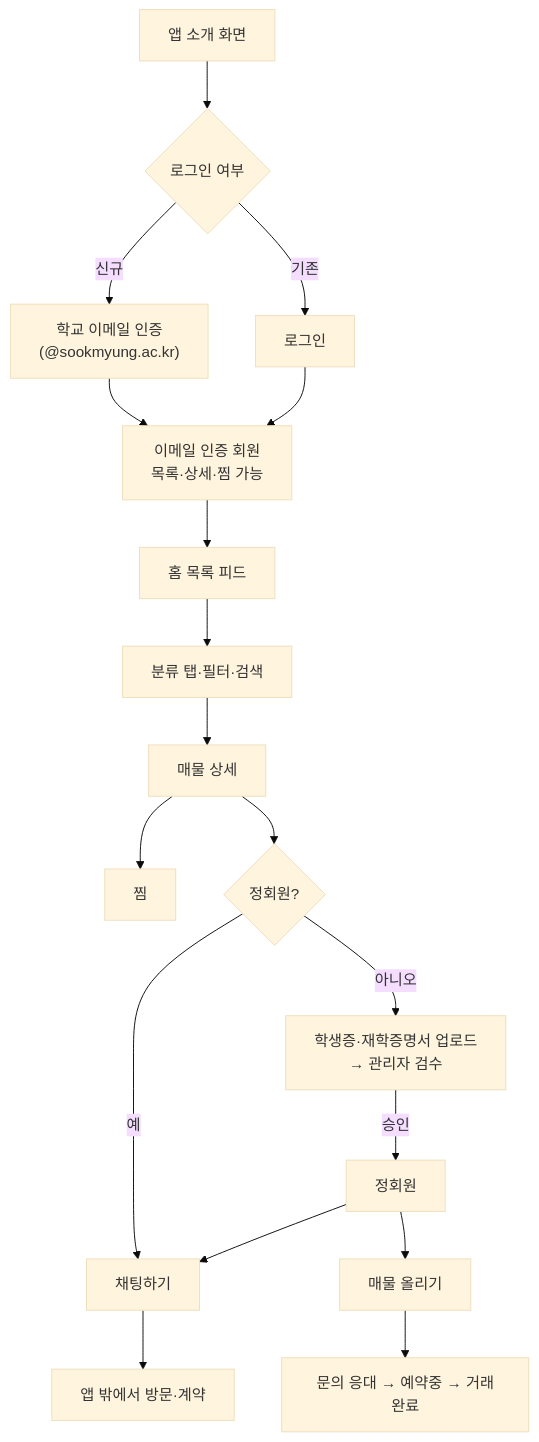
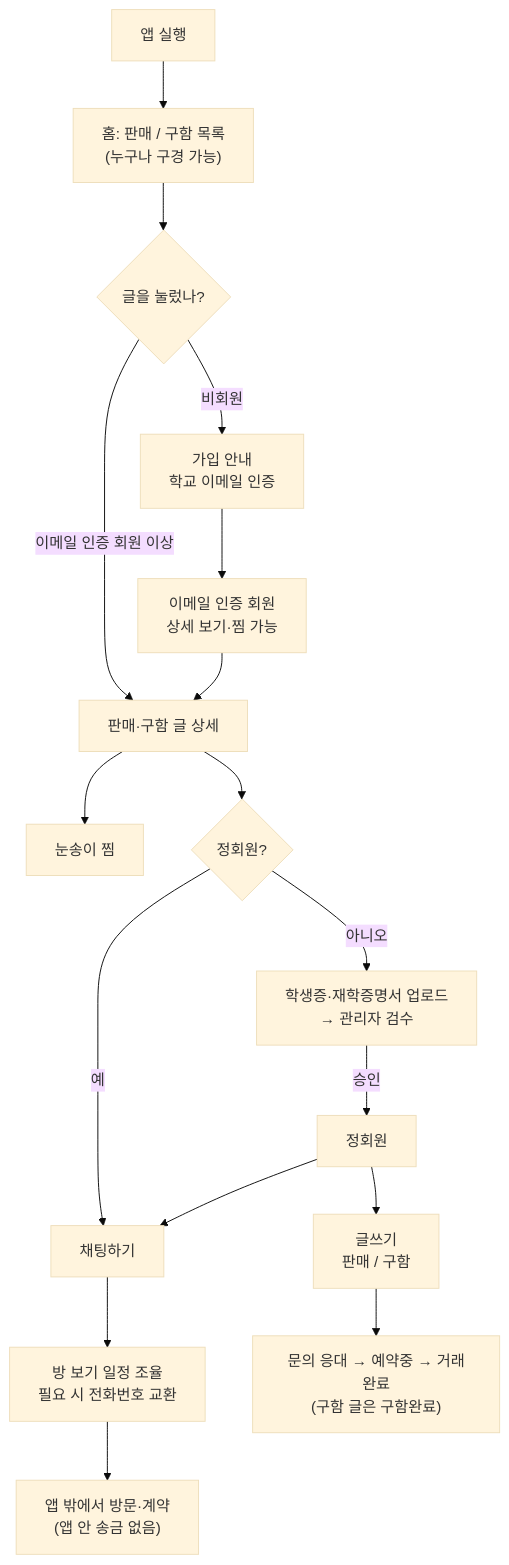
Before and after one commit to yuna14742/sookbak-sookbak: the first of 4 diagrams in waterfall/00-기획/서비스기획서.md, drawn with Mermaid (base theme). The commit also changed other lines of this file, not shown here.

````diff
--- a/waterfall/00-기획/서비스기획서.md
+++ b/waterfall/00-기획/서비스기획서.md
@@ -181,20 +189,19 @@
 ```mermaid
 flowchart TD
-    A[앱 소개 화면] --> B{로그인 여부}
-    B -->|신규| C["학교 이메일 인증<br/>(@sookmyung.ac.kr)"]
-    B -->|기존| D[로그인]
-    C --> E["이메일 인증 회원<br/>목록·상세·찜 가능"]
-    D --> E
-    E --> F[홈 목록 피드]
-    F --> G[분류 탭·필터·검색]
-    G --> H[매물 상세]
-    H --> I[찜]
-    H --> J{정회원?}
-    J -->|아니오| K["학생증·재학증명서 업로드<br/>→ 관리자 검수"]
-    K -->|승인| L[정회원]
-    J -->|예| M[채팅하기]
-    L --> M
-    L --> N[매물 올리기]
-    M --> O[앱 밖에서 방문·계약]
-    N --> P[문의 응대 → 예약중 → 거래완료]
+    A[앱 실행] --> B["홈: 판매 / 구함 목록<br/>(누구나 구경 가능)"]
+    B --> C{글을 눌렀나?}
+    C -->|비회원| D["가입 안내<br/>학교 이메일 인증"]
+    D --> E["이메일 인증 회원<br/>상세 보기·찜 가능"]
+    C -->|이메일 인증 회원 이상| F[판매·구함 글 상세]
+    E --> F
+    F --> G[눈송이 찜]
+    F --> H{정회원?}
+    H -->|아니오| I["학생증·재학증명서 업로드<br/>→ 관리자 검수"]
+    I -->|승인| J[정회원]
+    H -->|예| K[채팅하기]
+    J --> K
+    J --> L["글쓰기<br/>판매 / 구함"]
+    K --> M["방 보기 일정 조율<br/>필요 시 전화번호 교환"]
+    M --> N["앱 밖에서 방문·계약<br/>(앱 안 송금 없음)"]
+    L --> O["문의 응대 → 예약중 → 거래완료<br/>(구함 글은 구함완료)"]
 ```
````
